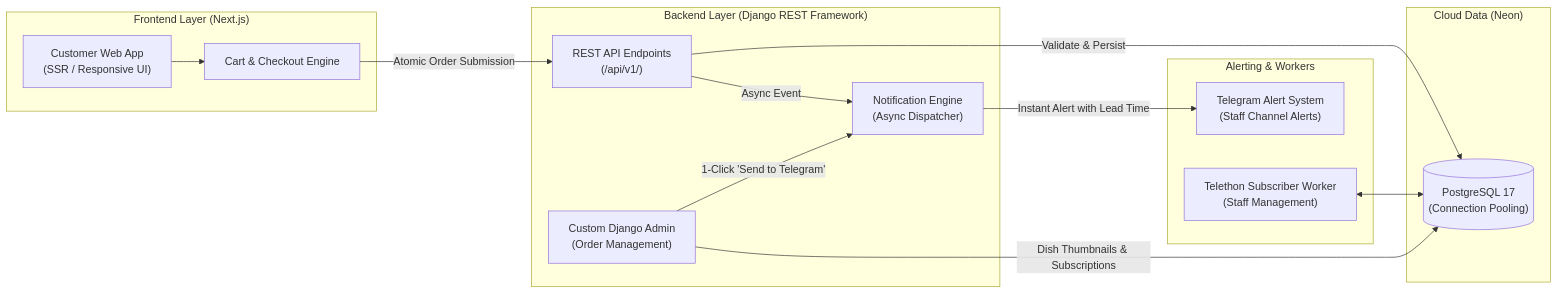
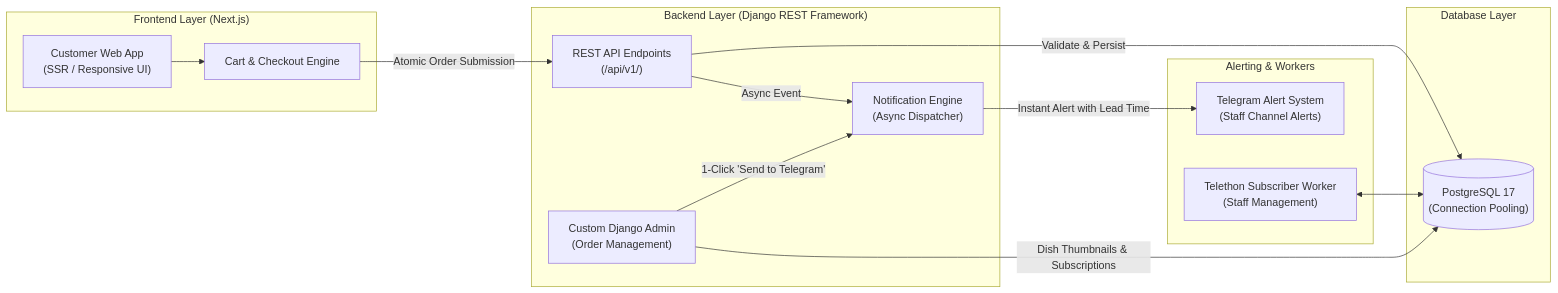
One commit to Metarenessans/freelance changed the diagram in README.md. Above: the diagram before and after it, drawn with Mermaid. The commit also changed other lines of this file and 1 other file, not shown here.

Commit message:
feat: link live Swagger UI, replace Neon with PostgreSQL, update Next.js SSR

````diff
--- a/README.md
+++ b/README.md
@@ -46,31 +46,31 @@
 ```mermaid
 flowchart LR
     subgraph Frontend["Frontend Layer (Next.js)"]
         UI["Customer Web App\n(SSR / Responsive UI)"]
         Cart["Cart & Checkout Engine"]
     end
 
     subgraph Backend["Backend Layer (Django REST Framework)"]
         API["REST API Endpoints\n(/api/v1/)"]
         Admin["Custom Django Admin\n(Order Management)"]
         NotifyEngine["Notification Engine\n(Async Dispatcher)"]
     end
 
-    subgraph Storage["Cloud Data (Neon)"]
+    subgraph Storage["Database Layer"]
         DB[("PostgreSQL 17\n(Connection Pooling)")]
     end
 
     subgraph External["Alerting & Workers"]
         TG["Telegram Alert System\n(Staff Channel Alerts)"]
         BotWorker["Telethon Subscriber Worker\n(Staff Management)"]
     end
 
     UI --> Cart
     Cart -->|Atomic Order Submission| API
     API -->|Validate & Persist| DB
     API -->|Async Event| NotifyEngine
     Admin -->|1-Click 'Send to Telegram'| NotifyEngine
     NotifyEngine -->|Instant Alert with Lead Time| TG
     BotWorker <--> DB
     Admin -->|Dish Thumbnails & Subscriptions| DB
 ```
````
